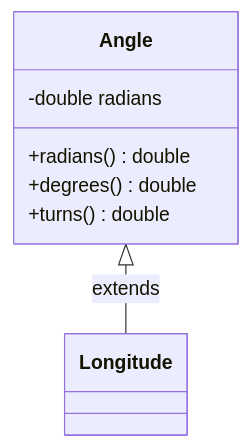
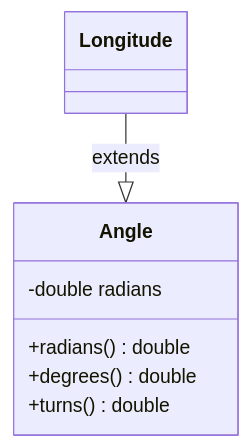
The diagram in content/Longitude.md (dogmatists/dogma.dev), drawn with Mermaid before and after one commit. The commit also changed other lines of this file and 2 other files, not shown here.

````diff
--- a/content/Longitude.md
+++ b/content/Longitude.md
@@ -9,11 +9,11 @@
 ```mermaid
 classDiagram
     class Angle {
       -double radians
       +radians() double
       +degrees() double
       +turns() double
     }
     class Longitude
-    Angle <|-- Longitude : extends
+    Longitude --|> Angle : extends
 ```
````
